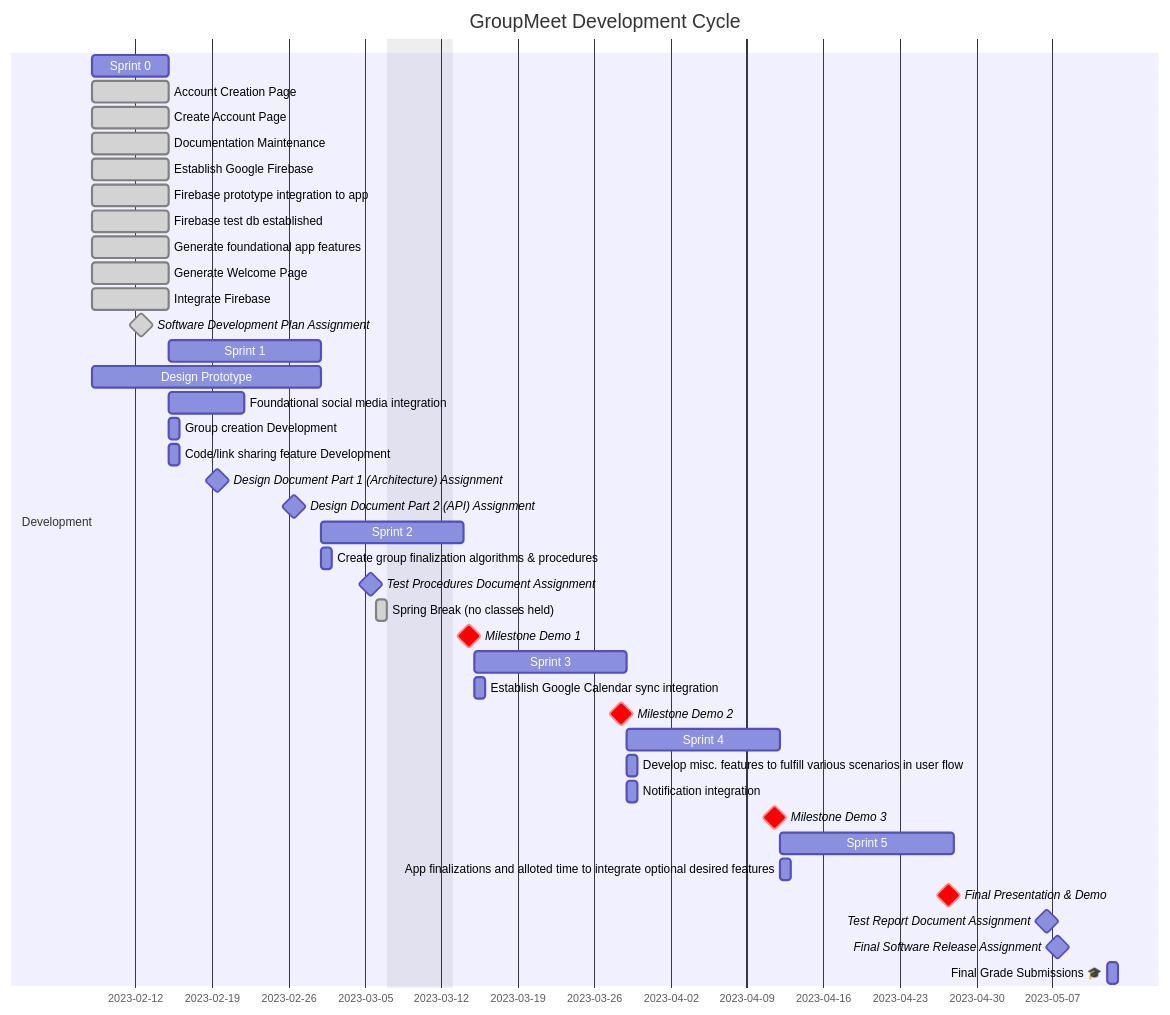
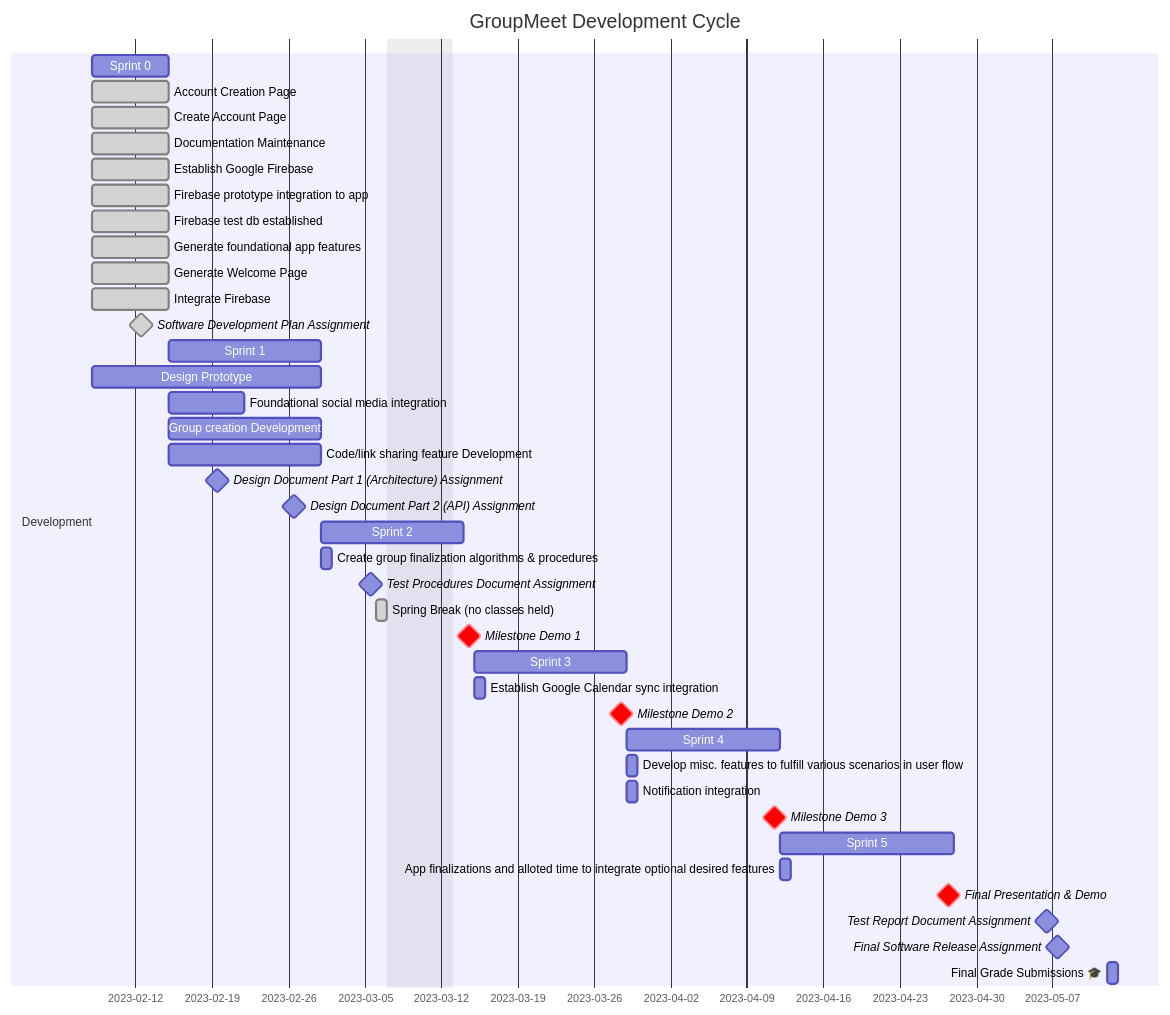
Before and after one commit to Capstone-Projects-2023-Spring/project-groupmeet: the diagram in documentation/docs/development-plan/schedule.md, drawn with Mermaid.

```diff
--- a/documentation/docs/development-plan/schedule.md
+++ b/documentation/docs/development-plan/schedule.md
@@ -39,9 +39,9 @@
         section Development 
          Foundational social media integration:  , 2023-02-15, 1w
         section Development 
-         Group creation Development:  , 2023-02-15, 1d
+         Group creation Development:  , 2023-02-15, 2w
         section Development 
-         Code/link sharing feature Development:  , 2023-02-15, 1d
+         Code/link sharing feature Development:  , 2023-02-15, 2w
         section Development 
          Design Document Part 1 (Architecture) Assignment: milestone, , 2023-02-19, 1d
         section Development 
```
